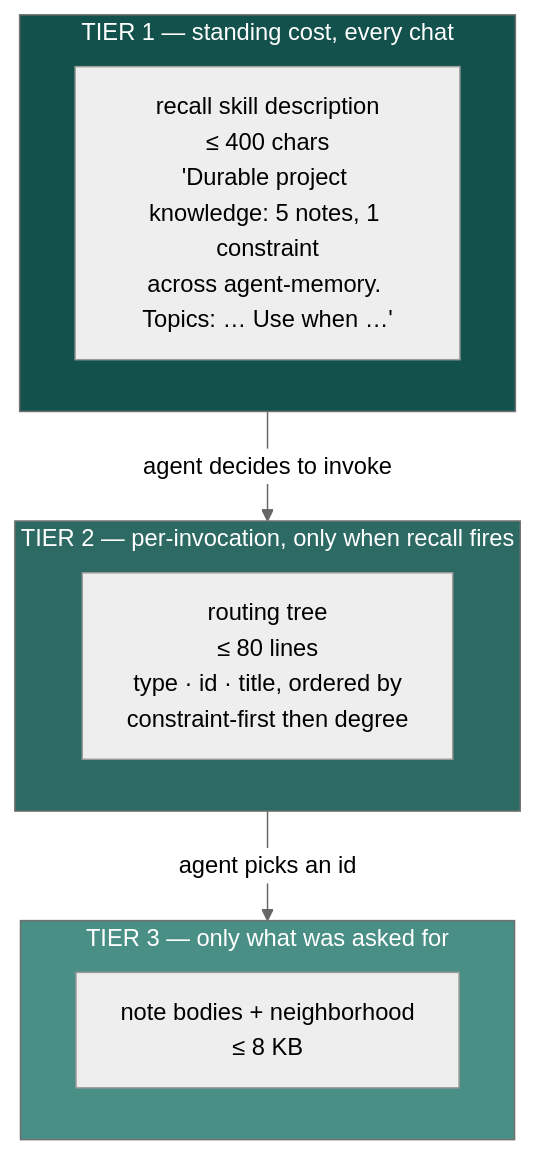
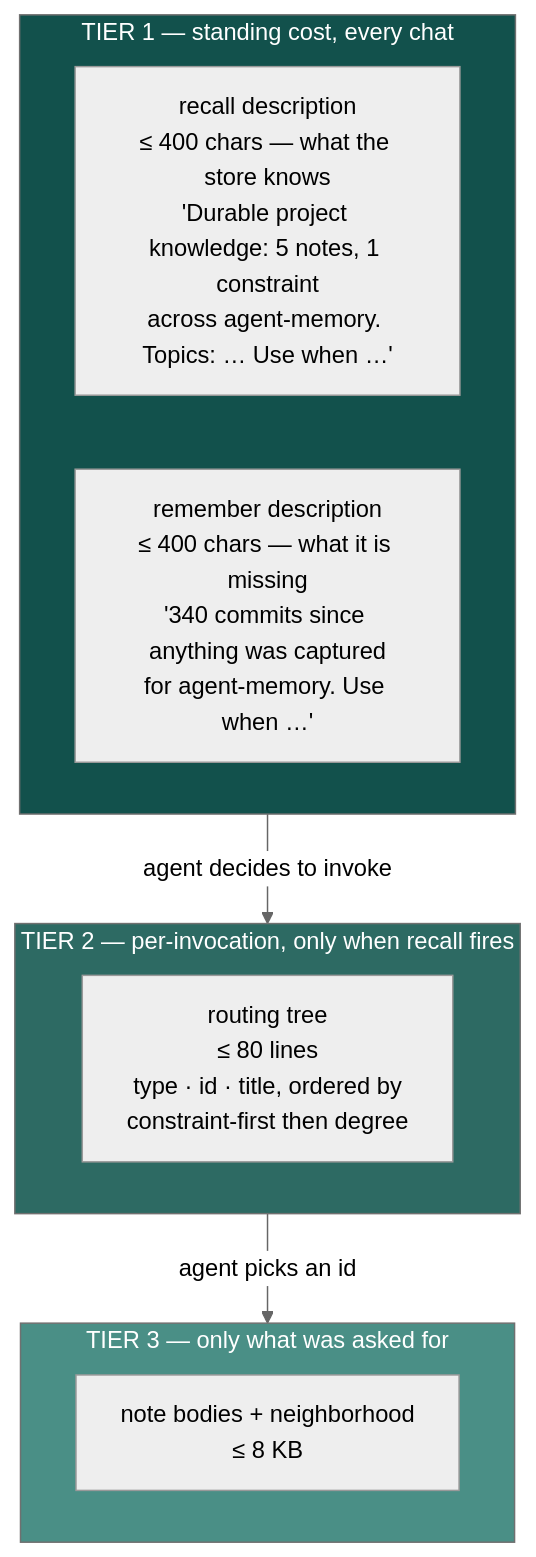
Before and after one commit to vib795/agent-memory: the fourth of 6 diagrams in ARCHITECTURE.md, drawn with Mermaid (neutral theme). The commit also changed other lines of this file and 12 other files, not shown here.

````diff
--- a/ARCHITECTURE.md
+++ b/ARCHITECTURE.md
@@ -250,17 +250,18 @@
 ```mermaid
 flowchart TB
     subgraph t1["TIER 1 — standing cost, every chat"]
-        D["recall skill description<br/>≤ 400 chars<br/>'Durable project knowledge: 5 notes, 1 constraint<br/>across agent-memory. Topics: … Use when …'"]
+        D["recall description<br/>≤ 400 chars — what the store knows<br/>'Durable project knowledge: 5 notes, 1 constraint<br/>across agent-memory. Topics: … Use when …'"]
+        R["remember description<br/>≤ 400 chars — what it is missing<br/>'340 commits since anything was captured<br/>for agent-memory. Use when …'"]
     end
     subgraph t2["TIER 2 — per-invocation, only when recall fires"]
         TR["routing tree<br/>≤ 80 lines<br/>type · id · title, ordered by<br/>constraint-first then degree"]
     end
     subgraph t3["TIER 3 — only what was asked for"]
         N["note bodies + neighborhood<br/>≤ 8 KB"]
     end
     t1 -->|"agent decides to invoke"| t2 -->|"agent picks an id"| t3
 
     style t1 fill:#12514c,color:#fff
     style t2 fill:#2d6a63,color:#fff
     style t3 fill:#4a8f86,color:#fff
 ```
````
